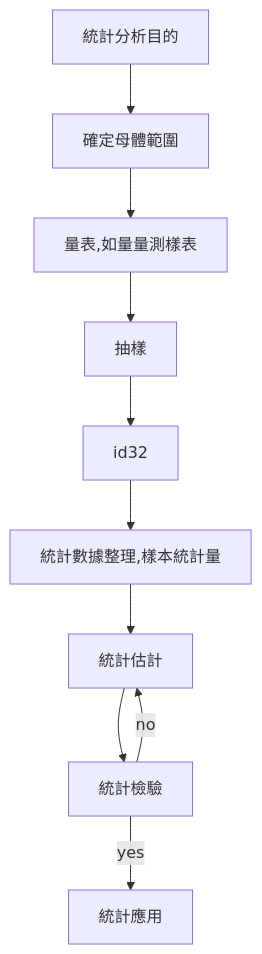
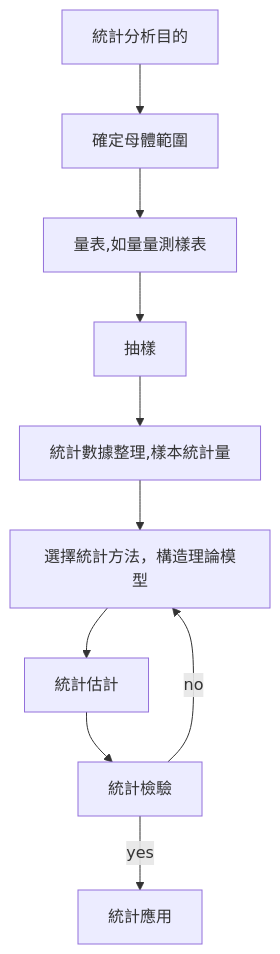
Before and after one commit to chchoiw/chchoiw.github.io: the first of 2 diagrams in _posts/2022-05-21-statistic_anova.md, drawn with Mermaid.

````diff
--- a/_posts/2022-05-21-statistic_anova.md
+++ b/_posts/2022-05-21-statistic_anova.md
@@ -44,25 +44,24 @@
 ```mermaid
 graph TB
 id0[統計分析目的]
 id1[確定母體範圍]
 id2[量表,如量量測樣表]
 id3[抽樣]
 id4[統計數據整理,樣本統計量]
 id5[選擇統計方法，構造理論模型]
-id5[統計估計]
-id6[統計檢驗]
-id7[統計應用]
+id6[統計估計]
+id7[統計檢驗]
+id8[統計應用]
 
 
 id0-->id1
 id1-->id2
 id2-->id3
-
-id3-->id32
-id32-->id4
+id3-->id4
 id4-->id5
 id5-->id6
-id6-->|yes|id7
-id6-->|no|id5
+id6-->id7
+id7-->|yes|id8
+id7-->|no|id5
 
 ```
````
